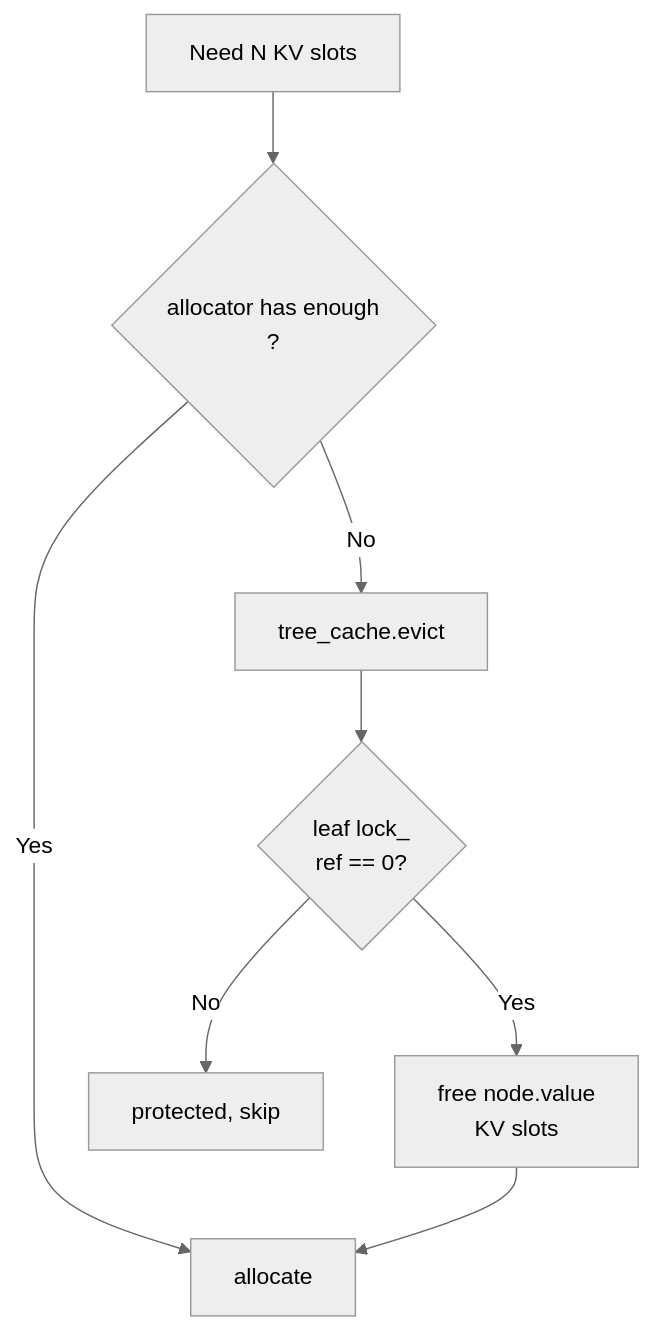
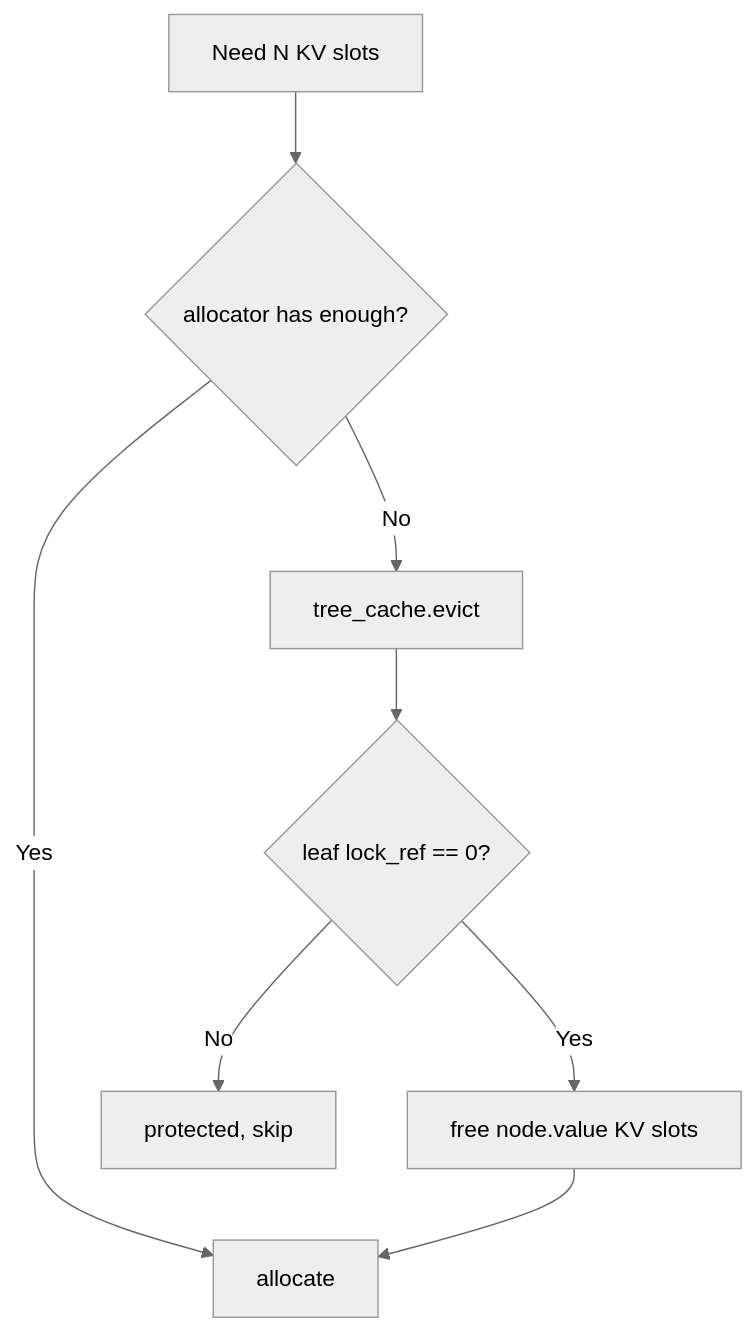
Before and after one commit to cl-vv-h/AI_Infra_Tutor_Page: diagram 11 of 11 in src/data/sglang-content/sglang-source-reading/03-kv-cache-radix-cache.md, drawn with Mermaid (neutral theme). The commit also changed other lines of this file and 25 other files, not shown here.

Commit message:
Fix markdown rendering with react-markdown, add SGLang knowledge graph

````diff
--- a/src/data/sglang-content/sglang-source-reading/03-kv-cache-radix-cache.md
+++ b/src/data/sglang-content/sglang-source-reading/03-kv-cache-radix-cache.md
@@ -509,16 +230,10 @@
 ```mermaid
 flowchart TD
-  A["
-Need N KV slots"] --> B{"allocator has enough
-?"}
+  A["Need N KV slots"] --> B{"allocator has enough?"}
   B -->|"Yes"| C["allocate"]
-  B -->|"No"
-| D["tree_cache.evict"]
-  D --> E{"leaf lock_
-ref == 0?"}
-  E -->|"Yes"| F["free node.value
- KV slots"]
-  E -->|"No"| G["protected, skip"
-]
+  B -->|"No"| D["tree_cache.evict"]
+  D --> E{"leaf lock_ref == 0?"}
+  E -->|"Yes"| F["free node.value KV slots"]
+  E -->|"No"| G["protected, skip"]
   F --> C
 ```
````
